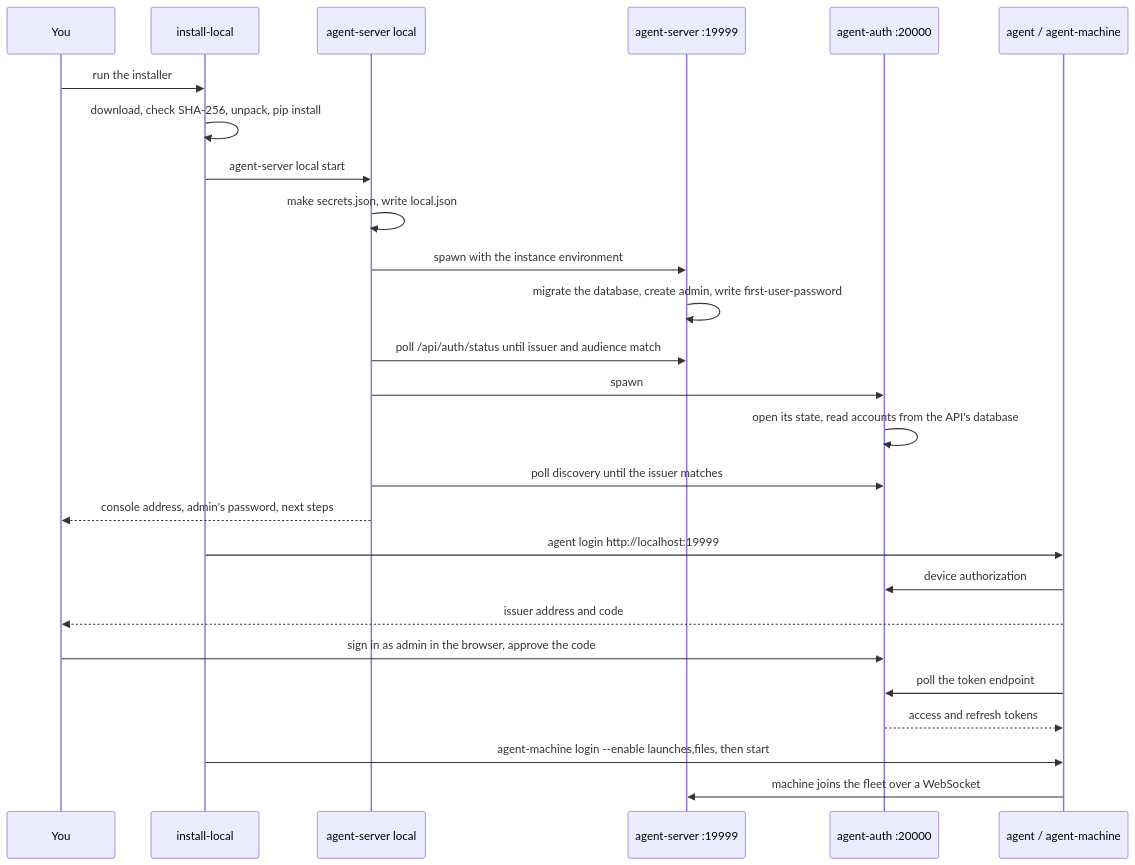
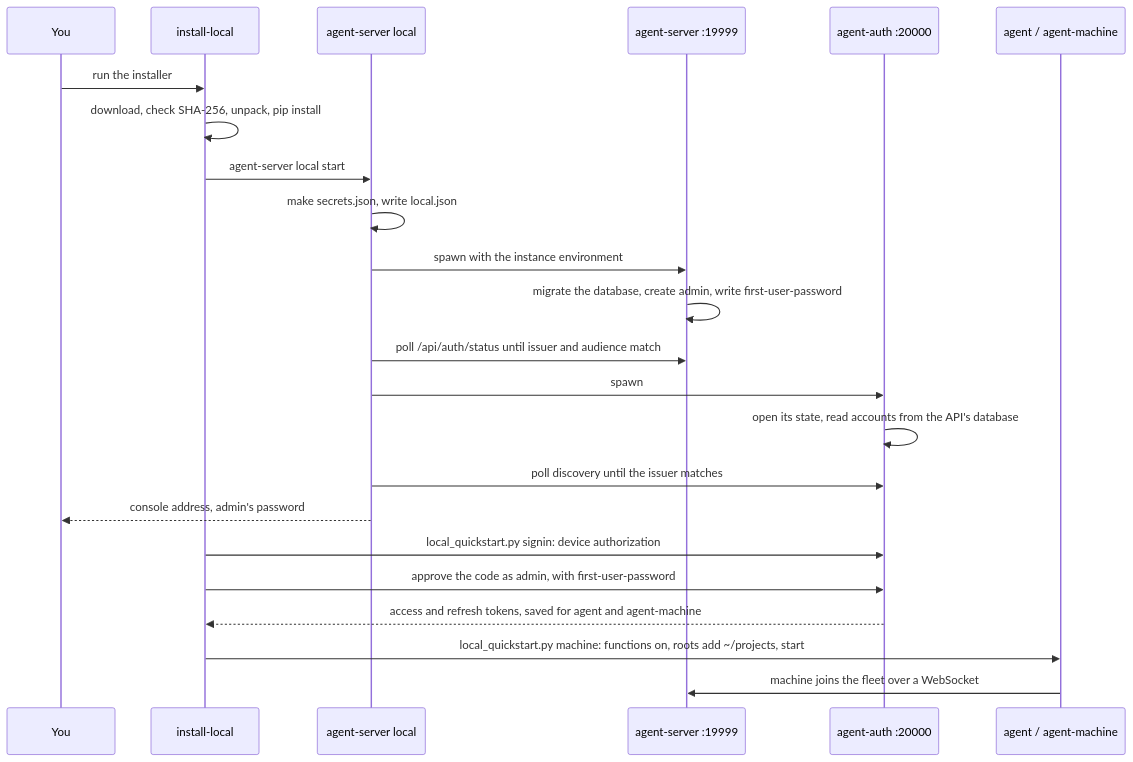
One commit to joeyenfield/ai-control-mesh changed the second of 2 diagrams in docs/local-internals.md. Above: the diagram before and after it, drawn with Mermaid. The commit also changed other lines of this file and 13 other files, not shown here.

Commit message:
Make the local install one command with no questions: sign agent in and join the machine by itself

````diff
--- a/docs/local-internals.md
+++ b/docs/local-internals.md
@@ -105,28 +105,25 @@
 ```mermaid
 sequenceDiagram
   participant U as You
   participant W as install-local
   participant L as agent-server local
   participant S as agent-server :19999
   participant I as agent-auth :20000
   participant C as agent / agent-machine
   U->>W: run the installer
   W->>W: download, check SHA-256, unpack, pip install
   W->>L: agent-server local start
   L->>L: make secrets.json, write local.json
   L->>S: spawn with the instance environment
   S->>S: migrate the database, create admin, write first-user-password
   L->>S: poll /api/auth/status until issuer and audience match
   L->>I: spawn
   I->>I: open its state, read accounts from the API's database
   L->>I: poll discovery until the issuer matches
-  L-->>U: console address, admin's password, next steps
-  W->>C: agent login http://localhost:19999
-  C->>I: device authorization
-  C-->>U: issuer address and code
-  U->>I: sign in as admin in the browser, approve the code
-  C->>I: poll the token endpoint
-  I-->>C: access and refresh tokens
-  W->>C: agent-machine login --enable launches,files, then start
+  L-->>U: console address, admin's password
+  W->>I: local_quickstart.py signin: device authorization
+  W->>I: approve the code as admin, with first-user-password
+  I-->>W: access and refresh tokens, saved for agent and agent-machine
+  W->>C: local_quickstart.py machine: functions on, roots add ~/projects, start
   C->>S: machine joins the fleet over a WebSocket
 ```
````
